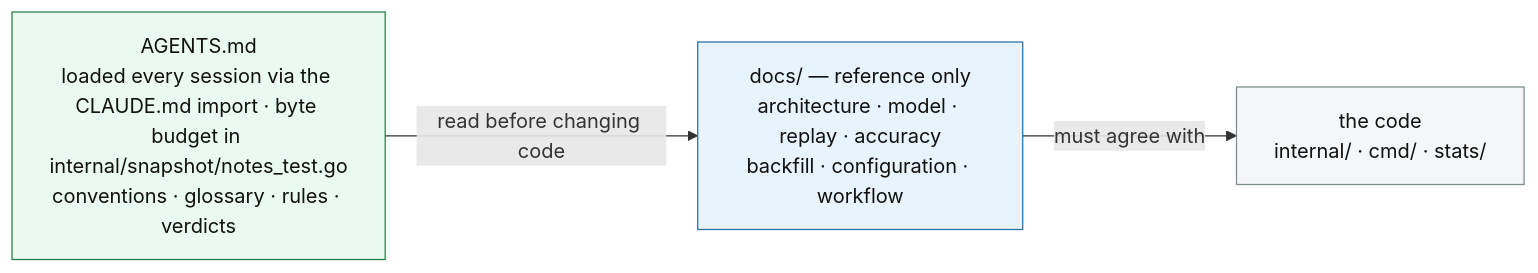
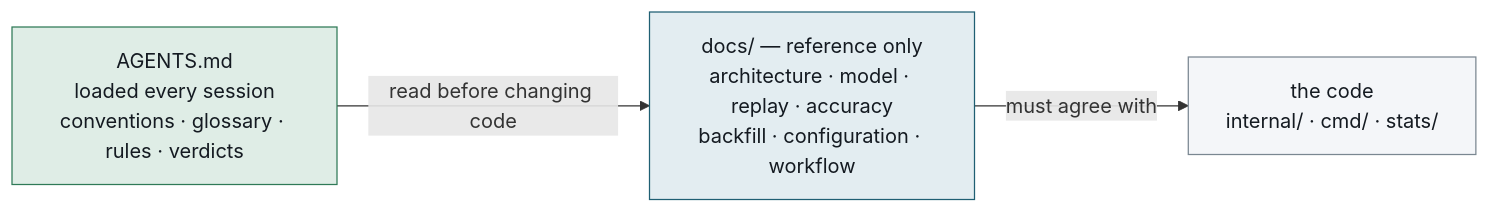
One commit to beeradb/FPL-Armband changed the diagram in docs/README.md. Above: the diagram before and after it, drawn with Mermaid. The commit also changed other lines of this file and 12 other files, not shown here.

````diff
--- a/docs/README.md
+++ b/docs/README.md
@@ -9,16 +15,16 @@
 ```mermaid
 flowchart LR
-    claude["AGENTS.md<br/>loaded every session via the CLAUDE.md import · byte budget in internal/snapshot/notes_test.go<br/>conventions · glossary · rules · verdicts"]
+    claude["AGENTS.md<br/>loaded every session<br/>conventions · glossary · rules · verdicts"]
     ref["docs/ — reference only<br/>architecture · model · replay · accuracy<br/>backfill · configuration · workflow"]
     code["the code<br/>internal/ · cmd/ · stats/"]
 
     claude -->|"read before changing code"| ref
     ref -->|"must agree with"| code
 
-    classDef a fill:#eafaf1,stroke:#1e8449,color:#111
-    classDef b fill:#e8f4fd,stroke:#2471a3,color:#111
-    classDef c fill:#f4f6f7,stroke:#7f8c8d,color:#111
+    classDef a fill:#DFEDE6,stroke:#2F7A57,color:#141A21
+    classDef b fill:#E3EDF1,stroke:#1F5F73,color:#141A21
+    classDef c fill:#F4F6F9,stroke:#7A8791,color:#141A21
     class claude a
     class ref b
     class code c
 ```
````
